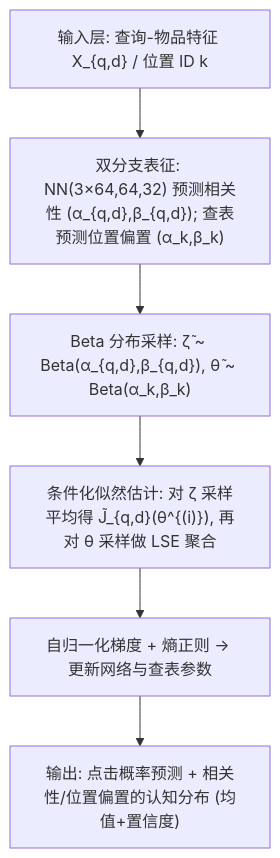
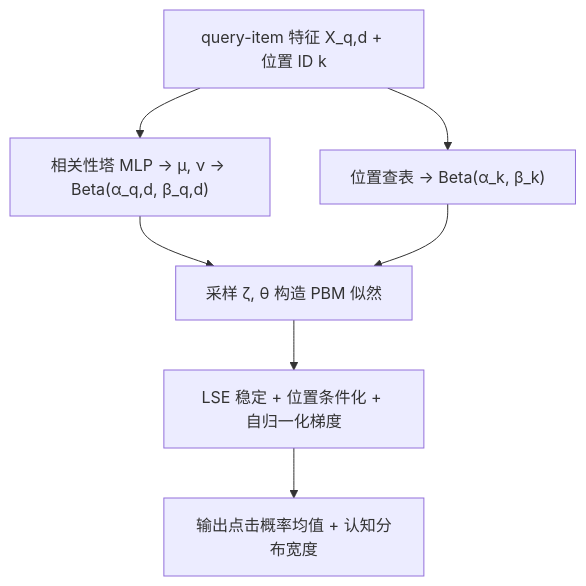
The diagram in docs/venues/SIGIR/2026/debias_fairness_industrial/an_epistemic_position_based_click_model_from_interactions_to_epistemic_dist.md (jbdcia321vw/Paper-Notes), drawn with Mermaid before and after one commit. The commit also changed other lines of this file and 37 other files, not shown here.

````diff
--- a/docs/venues/SIGIR/2026/debias_fairness_industrial/an_epistemic_position_based_click_model_from_interactions_to_epistemic_dist.md
+++ b/docs/venues/SIGIR/2026/debias_fairness_industrial/an_epistemic_position_based_click_model_from_interactions_to_epistemic_dist.md
@@ -56,8 +46,9 @@
 ```mermaid
 flowchart TD
-    A["输入层: 查询-物品特征 X_{q,d} / 位置 ID k"] --> B["双分支表征: NN(3×64,64,32) 预测相关性 (α_{q,d},β_{q,d}); 查表预测位置偏置 (α_k,β_k)"]
-    B --> C["Beta 分布采样: ζ̃ ~ Beta(α_{q,d},β_{q,d}), θ̃ ~ Beta(α_k,β_k)"]
-    C --> D["条件化似然估计: 对 ζ 采样平均得 J̃_{q,d}(θ^{(i)}), 再对 θ 采样做 LSE 聚合"]
-    D --> E["自归一化梯度 + 熵正则 → 更新网络与查表参数"]
-    E --> F["输出: 点击概率预测 + 相关性/位置偏置的认知分布 (均值+置信度)"]
+    A["query-item 特征 X_q,d + 位置 ID k"] --> B["相关性塔 MLP → μ, ν → Beta(α_q,d, β_q,d)"]
+    A --> C["位置查表 → Beta(α_k, β_k)"]
+    B --> D["采样 ζ, θ 构造 PBM 似然"]
+    C --> D
+    D --> E["LSE 稳定 + 位置条件化 + 自归一化梯度"]
+    E --> F["输出点击概率均值 + 认知分布宽度"]
 ```
````
